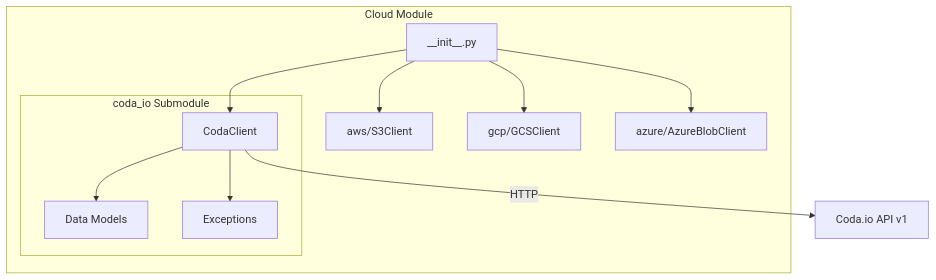
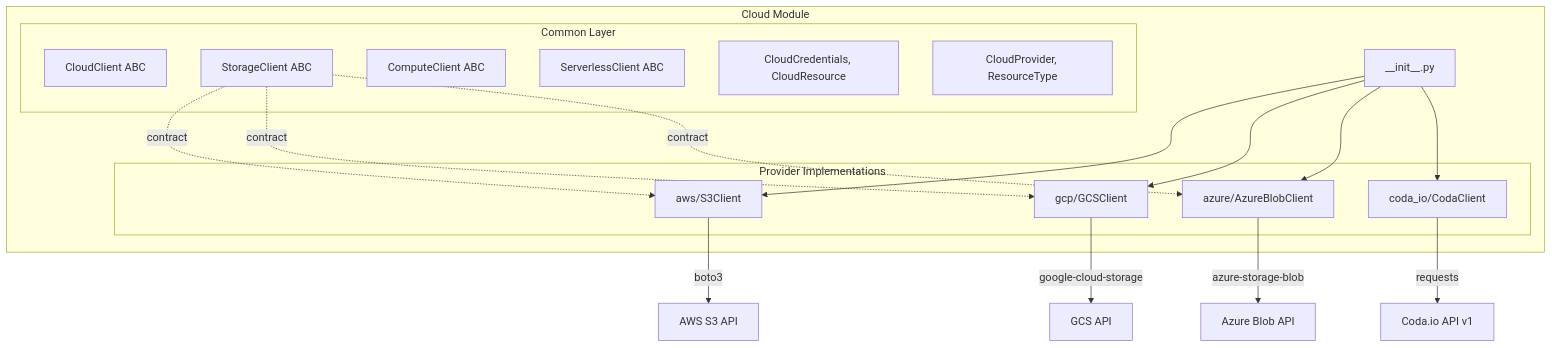
One commit to docxology/codomyrmex changed the diagram in src/codomyrmex/cloud/SPEC.md. Above: the diagram before and after it, drawn with Mermaid. The commit also changed other lines of this file and 57 other files, not shown here.

````diff
--- a/src/codomyrmex/cloud/SPEC.md
+++ b/src/codomyrmex/cloud/SPEC.md
@@ -31,23 +40,29 @@
 ```mermaid
 graph TD
     subgraph "Cloud Module"
         Init[__init__.py]
-        AWS[aws/S3Client]
-        GCP[gcp/GCSClient]
-        Azure[azure/AzureBlobClient]
         
-        subgraph "coda_io Submodule"
-            CodaClient[CodaClient]
-            Models[Data Models]
-            Exceptions[Exceptions]
+        subgraph "Common Layer"
+            CloudClient[CloudClient ABC]
+            StorageClient[StorageClient ABC]
+            ComputeClient[ComputeClient ABC]
+            ServerlessClient[ServerlessClient ABC]
+            Models[CloudCredentials, CloudResource]
+            Enums[CloudProvider, ResourceType]
+        end
+        
+        subgraph "Provider Implementations"
+            AWS[aws/S3Client]
+            GCP[gcp/GCSClient]
+            Azure[azure/AzureBlobClient]
+            Coda[coda_io/CodaClient]
         end
     end
     
-    Init --> AWS
-    Init --> GCP
-    Init --> Azure
-    Init --> CodaClient
-    CodaClient --> Models
-    CodaClient --> Exceptions
-    CodaClient -->|HTTP| CodaAPI[Coda.io API v1]
+    Init --> AWS & GCP & Azure & Coda
+    StorageClient -.->|contract| AWS & GCP & Azure
+    AWS --> |boto3| S3[AWS S3 API]
+    GCP --> |google-cloud-storage| GCS[GCS API]
+    Azure --> |azure-storage-blob| Blob[Azure Blob API]
+    Coda --> |requests| CodaAPI[Coda.io API v1]
 ```
````
